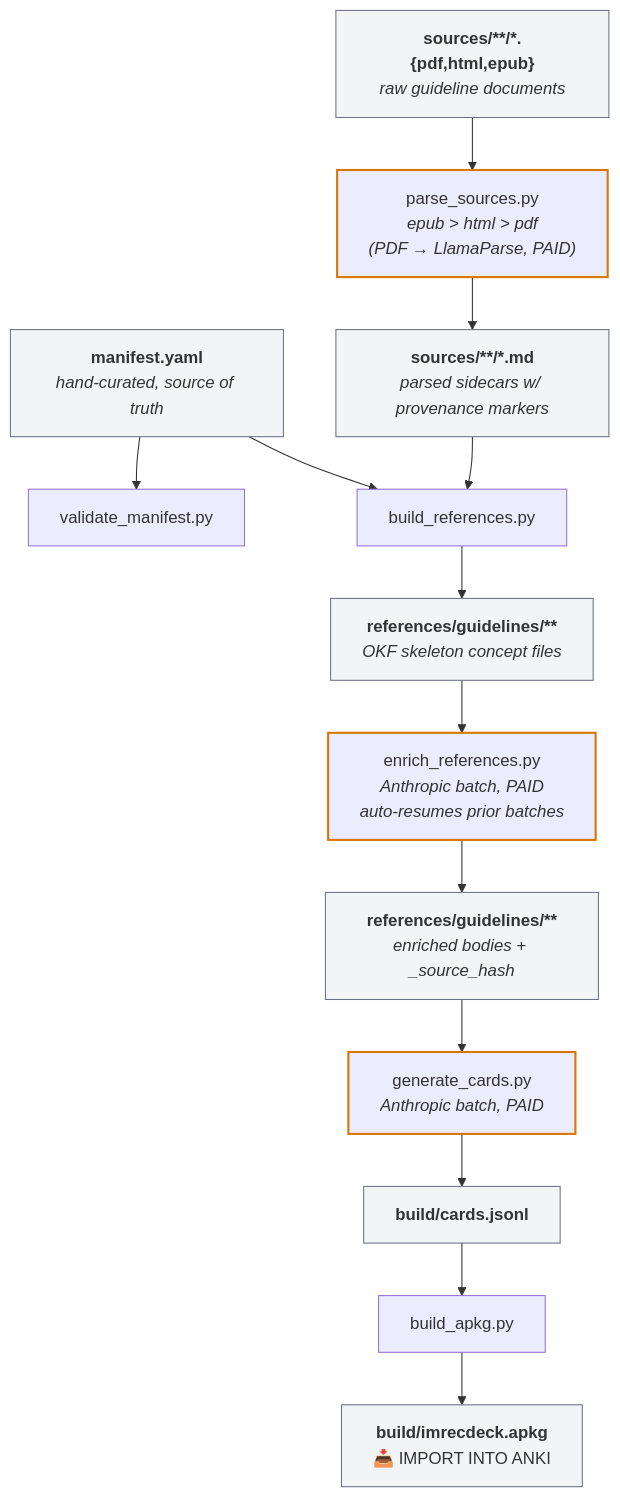
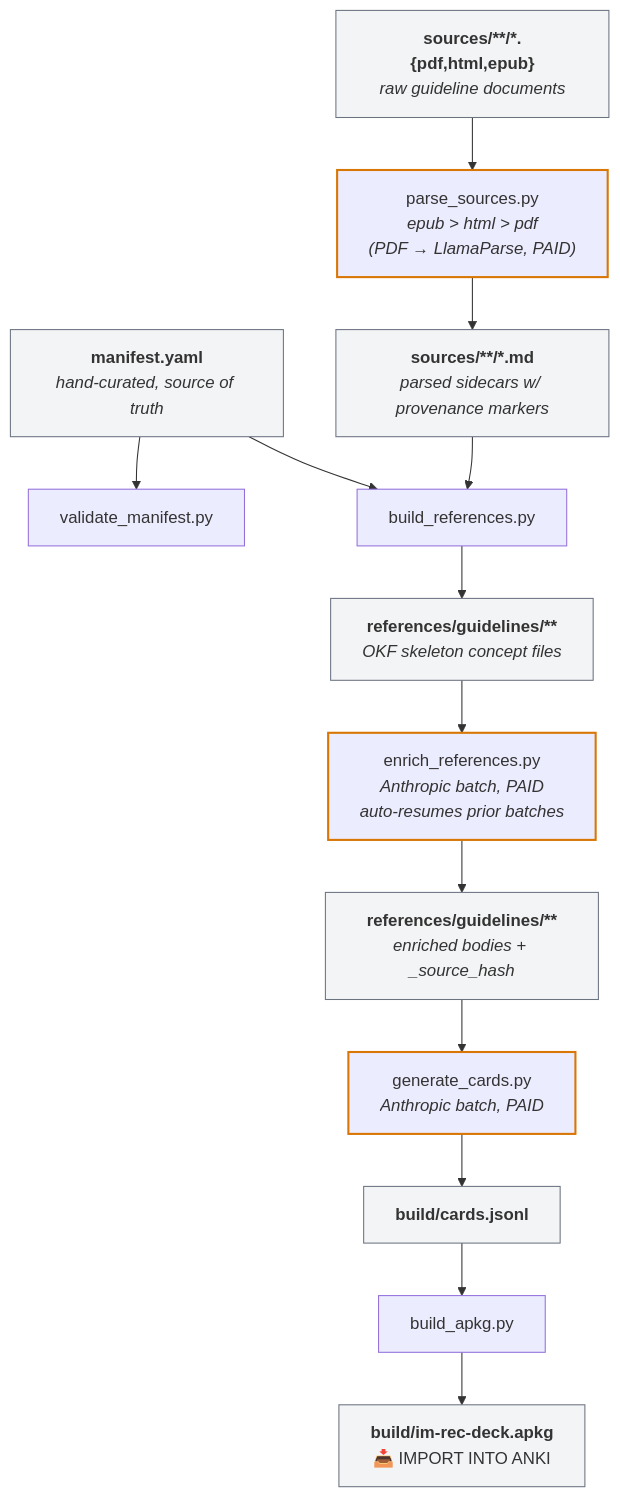
The diagram in README.md (cfu288/im-rec-deck), drawn with Mermaid before and after one commit. The commit also changed other lines of this file and 330 other files, not shown here.

First line of the commit message:
Rename slug imrecdeck → im-rec-deck to match GitHub repo

````diff
--- a/README.md
+++ b/README.md
@@ -25,34 +25,34 @@
 ```mermaid
 flowchart TD
     manifest["<b>manifest.yaml</b><br/><i>hand-curated, source of truth</i>"]
     sources["<b>sources/**/*.{pdf,html,epub}</b><br/><i>raw guideline documents</i>"]
     validate["validate_manifest.py"]
     parse["parse_sources.py<br/><i>epub &gt; html &gt; pdf<br/>(PDF → LlamaParse, PAID)</i>"]
     sidecars["<b>sources/**/*.md</b><br/><i>parsed sidecars w/ provenance markers</i>"]
     build_refs["build_references.py"]
     skeleton["<b>references/guidelines/**</b><br/><i>OKF skeleton concept files</i>"]
     enrich["enrich_references.py<br/><i>Anthropic batch, PAID<br/>auto-resumes prior batches</i>"]
     enriched["<b>references/guidelines/**</b><br/><i>enriched bodies + _source_hash</i>"]
     gen_cards["generate_cards.py<br/><i>Anthropic batch, PAID</i>"]
     cards_jsonl["<b>build/cards.jsonl</b>"]
     build_apkg["build_apkg.py"]
-    apkg["<b>build/imrecdeck.apkg</b><br/>📥 IMPORT INTO ANKI"]
+    apkg["<b>build/im-rec-deck.apkg</b><br/>📥 IMPORT INTO ANKI"]
 
     manifest --> validate
     manifest --> build_refs
     sources --> parse
     parse --> sidecars
     sidecars --> build_refs
     build_refs --> skeleton
     skeleton --> enrich
     enrich --> enriched
     enriched --> gen_cards
     gen_cards --> cards_jsonl
     cards_jsonl --> build_apkg
     build_apkg --> apkg
 
     classDef paid stroke:#d97706,stroke-width:2px
     class parse,enrich,gen_cards paid
     classDef artifact fill:#f3f4f6,stroke:#6b7280
     class manifest,sources,sidecars,skeleton,enriched,cards_jsonl,apkg artifact
 ```
````
